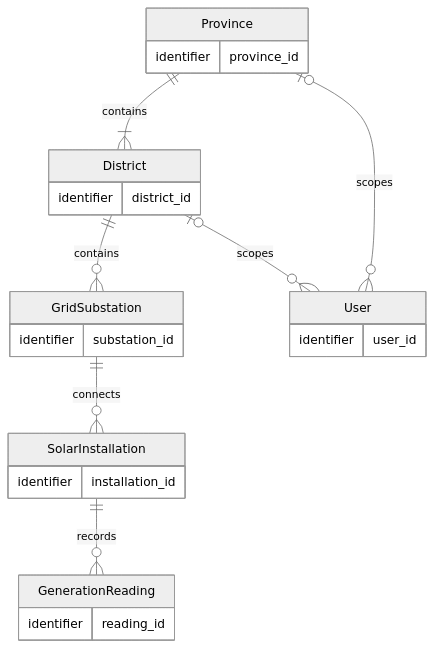
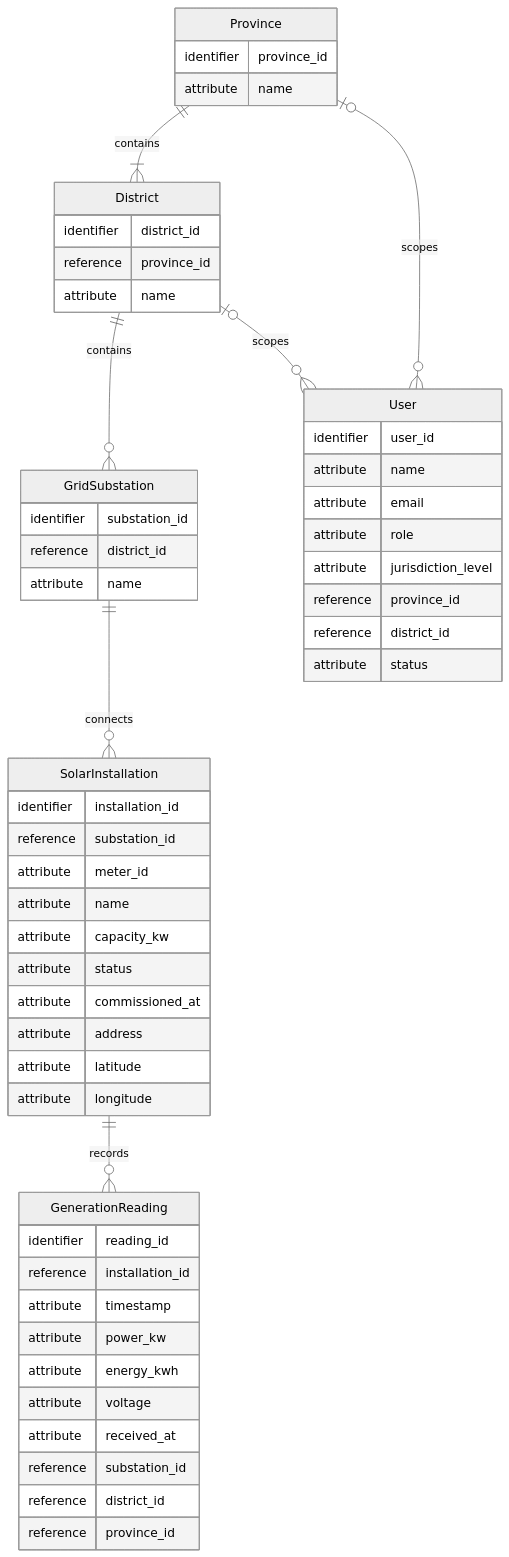
One commit to Grandeur77/Solar_Generation_Data_Manager changed the second of 4 diagrams in docs/design/data-model.md. Above: the diagram before and after it, drawn with Mermaid (neutral theme). The commit also changed other lines of this file, not shown here.

````diff
--- a/docs/design/data-model.md
+++ b/docs/design/data-model.md
@@ -26,28 +26,58 @@
 ```mermaid
 erDiagram
     Province ||--|{ District : "contains"
     District ||--o{ GridSubstation : "contains"
     GridSubstation ||--o{ SolarInstallation : "connects"
     SolarInstallation ||--o{ GenerationReading : "records"
     Province |o--o{ User : "scopes"
     District |o--o{ User : "scopes"
 
     Province {
         identifier province_id
+        attribute name
     }
     District {
         identifier district_id
+        reference province_id
+        attribute name
     }
     GridSubstation {
         identifier substation_id
+        reference district_id
+        attribute name
     }
     SolarInstallation {
         identifier installation_id
+        reference substation_id
+        attribute meter_id
+        attribute name
+        attribute capacity_kw
+        attribute status
+        attribute commissioned_at
+        attribute address
+        attribute latitude
+        attribute longitude
     }
     GenerationReading {
         identifier reading_id
+        reference installation_id
+        attribute timestamp
+        attribute power_kw
+        attribute energy_kwh
+        attribute voltage
+        attribute received_at
+        reference substation_id
+        reference district_id
+        reference province_id
     }
     User {
         identifier user_id
+        attribute name
+        attribute email
+        attribute role
+        attribute jurisdiction_level
+        reference province_id
+        reference district_id
+        attribute status
     }
 ```
````
